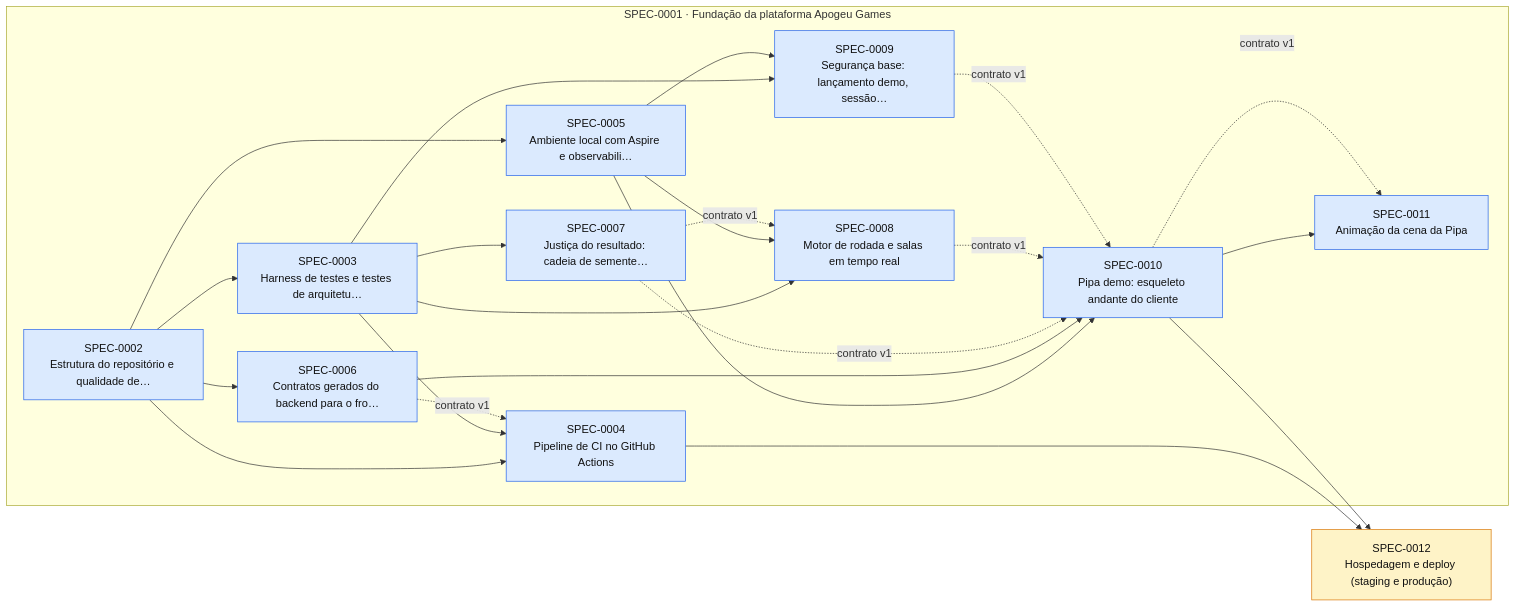
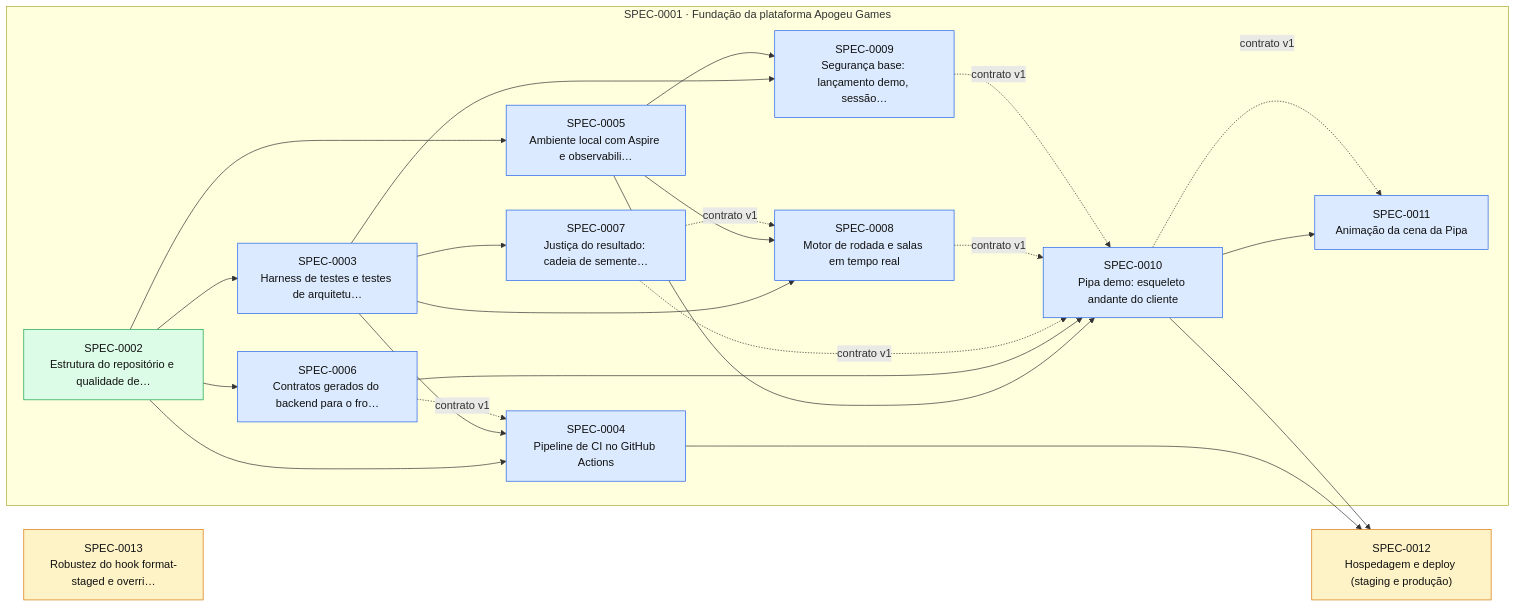
One commit to thomasravache/crash-games-provider changed the diagram in docs/specs/INDEX.md. Above: the diagram before and after it, drawn with Mermaid. The commit also changed other lines of this file and 3 other files, not shown here.

````diff
--- a/docs/specs/INDEX.md
+++ b/docs/specs/INDEX.md
@@ -70,42 +70,43 @@
 ```mermaid
 flowchart LR
   S0012["SPEC-0012<br/>Hospedagem e deploy (staging e produção)"]:::proposed
+  S0013["SPEC-0013<br/>Robustez do hook format-staged e overri…"]:::proposed
   subgraph E0001["SPEC-0001 · Fundação da plataforma Apogeu Games"]
-    S0002["SPEC-0002<br/>Estrutura do repositório e qualidade de…"]:::approved
+    S0002["SPEC-0002<br/>Estrutura do repositório e qualidade de…"]:::implemented
     S0003["SPEC-0003<br/>Harness de testes e testes de arquitetu…"]:::approved
     S0004["SPEC-0004<br/>Pipeline de CI no GitHub Actions"]:::approved
     S0005["SPEC-0005<br/>Ambiente local com Aspire e observabili…"]:::approved
     S0006["SPEC-0006<br/>Contratos gerados do backend para o fro…"]:::approved
     S0007["SPEC-0007<br/>Justiça do resultado: cadeia de semente…"]:::approved
     S0008["SPEC-0008<br/>Motor de rodada e salas em tempo real"]:::approved
     S0009["SPEC-0009<br/>Segurança base: lançamento demo, sessão…"]:::approved
     S0010["SPEC-0010<br/>Pipa demo: esqueleto andante do cliente"]:::approved
     S0011["SPEC-0011<br/>Animação da cena da Pipa"]:::approved
   end
   S0002 --> S0003
   S0002 --> S0004
   S0003 --> S0004
   S0006 -. contrato v1 .-> S0004
   S0002 --> S0005
   S0002 --> S0006
   S0003 --> S0007
   S0003 --> S0008
   S0005 --> S0008
   S0007 -. contrato v1 .-> S0008
   S0003 --> S0009
   S0005 --> S0009
   S0005 --> S0010
   S0006 --> S0010
   S0007 -. contrato v1 .-> S0010
   S0008 -. contrato v1 .-> S0010
   S0009 -. contrato v1 .-> S0010
   S0010 --> S0011
   S0010 -. contrato v1 .-> S0011
   S0004 --> S0012
   S0010 --> S0012
   classDef proposed fill:#fef3c7,stroke:#d97706,color:#111
   classDef approved fill:#dbeafe,stroke:#2563eb,color:#111
   classDef inprogress fill:#ede9fe,stroke:#7c3aed,color:#111
   classDef implemented fill:#dcfce7,stroke:#16a34a,color:#111
   classDef deprecated fill:#f3f4f6,stroke:#9ca3af,color:#6b7280
 ```
````
